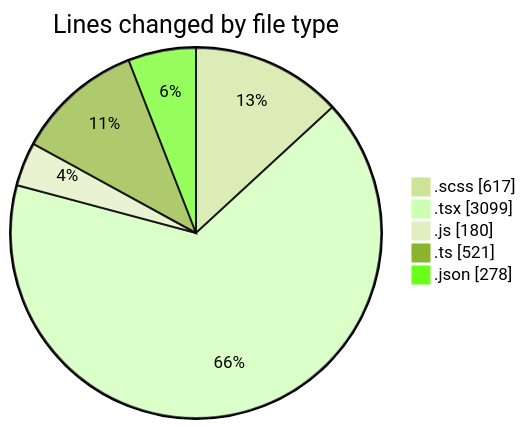
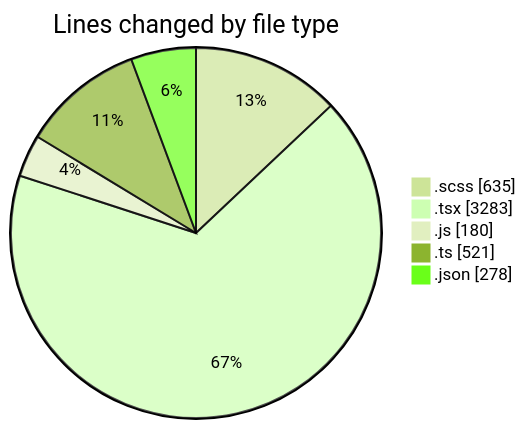
The first of 2 diagrams in 2026-08-10/cda/README.md (momahboobian/code-tracking), drawn with Mermaid (forest theme) before and after one commit. The commit also changed other lines of this file and 1 other file, not shown here.

````diff
--- a/2026-08-10/cda/README.md
+++ b/2026-08-10/cda/README.md
@@ -32,9 +32,9 @@
 ```mermaid
 pie showData
 title Lines changed by file type
-".scss" : 617
-".tsx" : 3099
+".scss" : 635
+".tsx" : 3283
 ".js" : 180
 ".ts" : 521
 ".json" : 278
 ```
````
